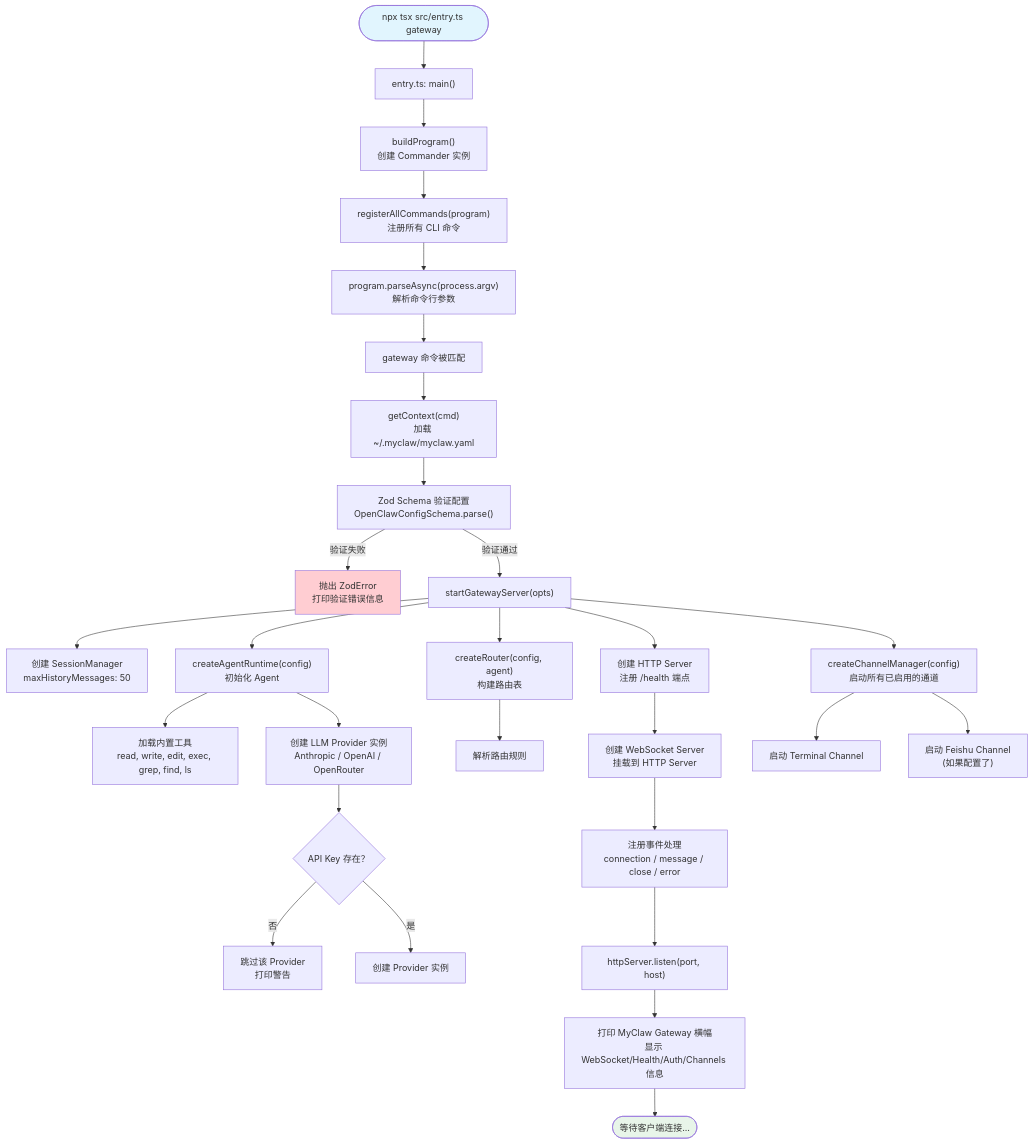
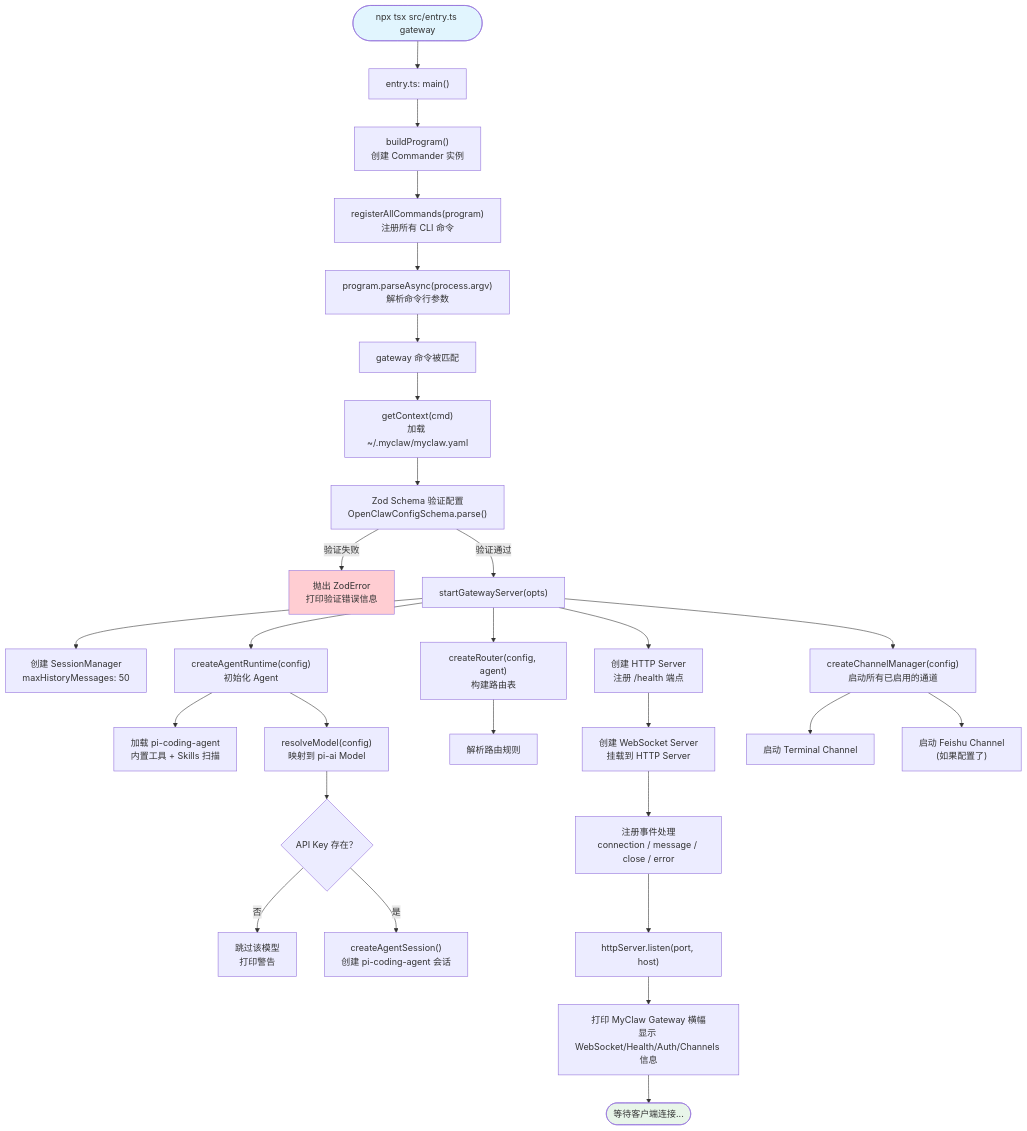
One commit to oujingzhou/build-your-own-openclaw changed the fourth of 4 diagrams in docs/10-final.md. Above: the diagram before and after it, drawn with Mermaid. The commit also changed other lines of this file and 32 other files, not shown here.

````diff
--- a/docs/10-final.md
+++ b/docs/10-final.md
@@ -617,41 +614,41 @@
 ```mermaid
 flowchart TD
     START(["npx tsx src/entry.ts gateway"]) --> ENTRY["entry.ts: main()"]
     ENTRY --> BUILD["buildProgram()<br/>创建 Commander 实例"]
     BUILD --> REGISTER["registerAllCommands(program)<br/>注册所有 CLI 命令"]
     REGISTER --> PARSE["program.parseAsync(process.argv)<br/>解析命令行参数"]
     PARSE --> GATEWAY_CMD["gateway 命令被匹配"]
     GATEWAY_CMD --> CONTEXT["getContext(cmd)<br/>加载 ~/.myclaw/myclaw.yaml"]
     CONTEXT --> VALIDATE["Zod Schema 验证配置<br/>OpenClawConfigSchema.parse()"]
 
     VALIDATE --> |验证失败| ERROR["抛出 ZodError<br/>打印验证错误信息"]
     VALIDATE --> |验证通过| START_GW["startGatewayServer(opts)"]
 
     START_GW --> INIT_SESS["创建 SessionManager<br/>maxHistoryMessages: 50"]
     START_GW --> INIT_AGENT["createAgentRuntime(config)<br/>初始化 Agent"]
     START_GW --> INIT_ROUTER["createRouter(config, agent)<br/>构建路由表"]
 
-    INIT_AGENT --> LOAD_TOOLS["加载内置工具<br/>read, write, edit, exec, grep, find, ls"]
-    INIT_AGENT --> LOAD_PROVIDERS["创建 LLM Provider 实例<br/>Anthropic / OpenAI / OpenRouter"]
-    LOAD_PROVIDERS --> CHECK_KEY{"API Key 存在？"}
-    CHECK_KEY --> |否| SKIP["跳过该 Provider<br/>打印警告"]
-    CHECK_KEY --> |是| CREATE_PROV["创建 Provider 实例"]
+    INIT_AGENT --> LOAD_PI["加载 pi-coding-agent<br/>内置工具 + Skills 扫描"]
+    INIT_AGENT --> RESOLVE_MODEL["resolveModel(config)<br/>映射到 pi-ai Model"]
+    RESOLVE_MODEL --> CHECK_KEY{"API Key 存在？"}
+    CHECK_KEY --> |否| SKIP["跳过该模型<br/>打印警告"]
+    CHECK_KEY --> |是| CREATE_SESSION["createAgentSession()<br/>创建 pi-coding-agent 会话"]
 
     INIT_ROUTER --> BUILD_RULES["解析路由规则"]
 
     START_GW --> HTTP["创建 HTTP Server<br/>注册 /health 端点"]
     HTTP --> WSS["创建 WebSocket Server<br/>挂载到 HTTP Server"]
     WSS --> HANDLERS["注册事件处理<br/>connection / message / close / error"]
 
     START_GW --> CHANNELS["createChannelManager(config)<br/>启动所有已启用的通道"]
     CHANNELS --> CH_TERM["启动 Terminal Channel"]
     CHANNELS --> CH_FEISHU["启动 Feishu Channel<br/>(如果配置了)"]
 
     HANDLERS --> LISTEN["httpServer.listen(port, host)"]
     LISTEN --> BANNER["打印 MyClaw Gateway 横幅<br/>显示 WebSocket/Health/Auth/Channels 信息"]
     BANNER --> READY(["等待客户端连接..."])
 
     style START fill:#e1f5fe
     style READY fill:#e8f5e9
     style ERROR fill:#ffcdd2
 ```
````
